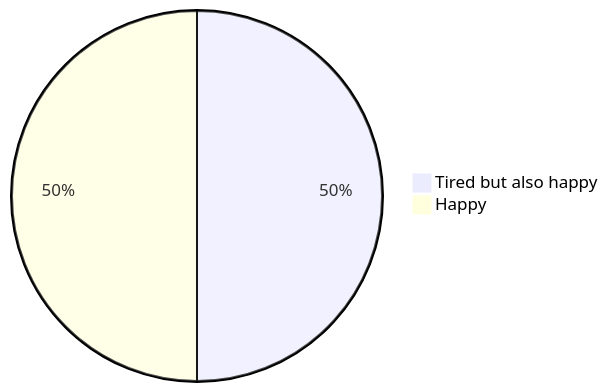
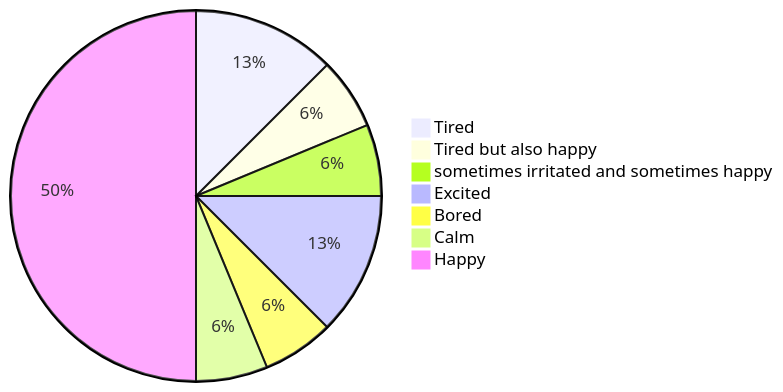
Before and after one commit to S4-Smart-mobile/S4-Smart-Mobile: the third of 17 diagrams in documentation/interviews-surveys/mood-mental-health-survey-V2.md, drawn with Mermaid. The commit also changed other lines of this file, not shown here.

````diff
--- a/documentation/interviews-surveys/mood-mental-health-survey-V2.md
+++ b/documentation/interviews-surveys/mood-mental-health-survey-V2.md
@@ -106,5 +114,10 @@
 ```mermaid
 pie
+"Tired": 2
 "Tired but also happy": 1
-"Happy": 1
+"sometimes irritated and sometimes happy": 1
+"Excited": 2
+"Bored": 1
+"Calm": 1
+"Happy": 8
 ```
````
